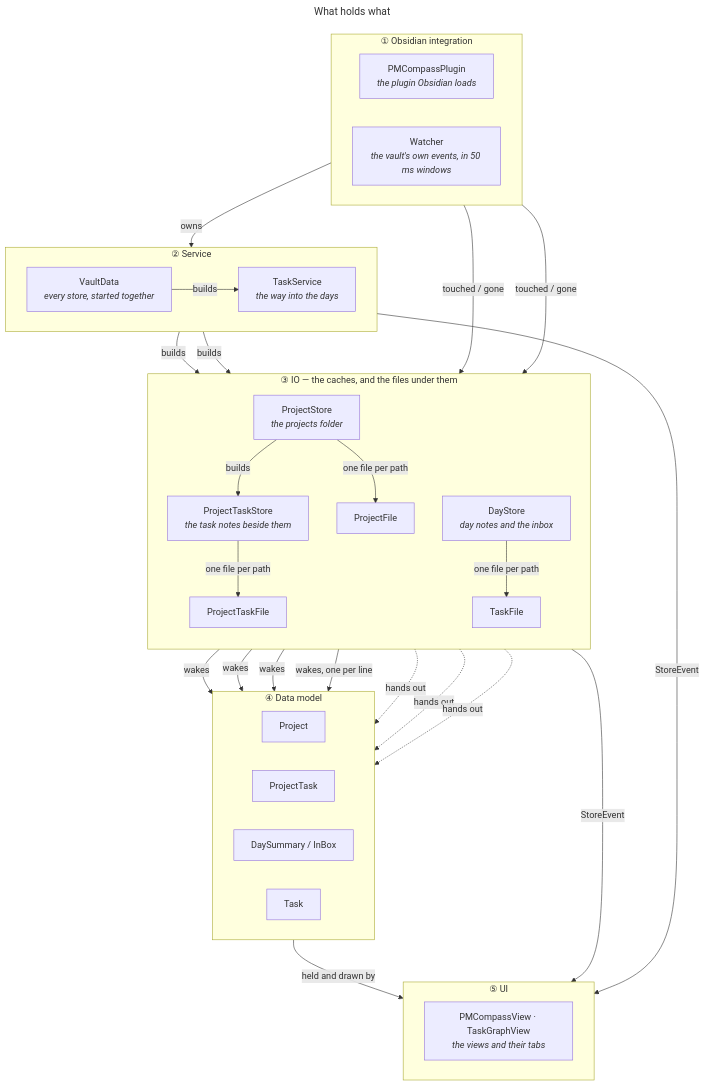
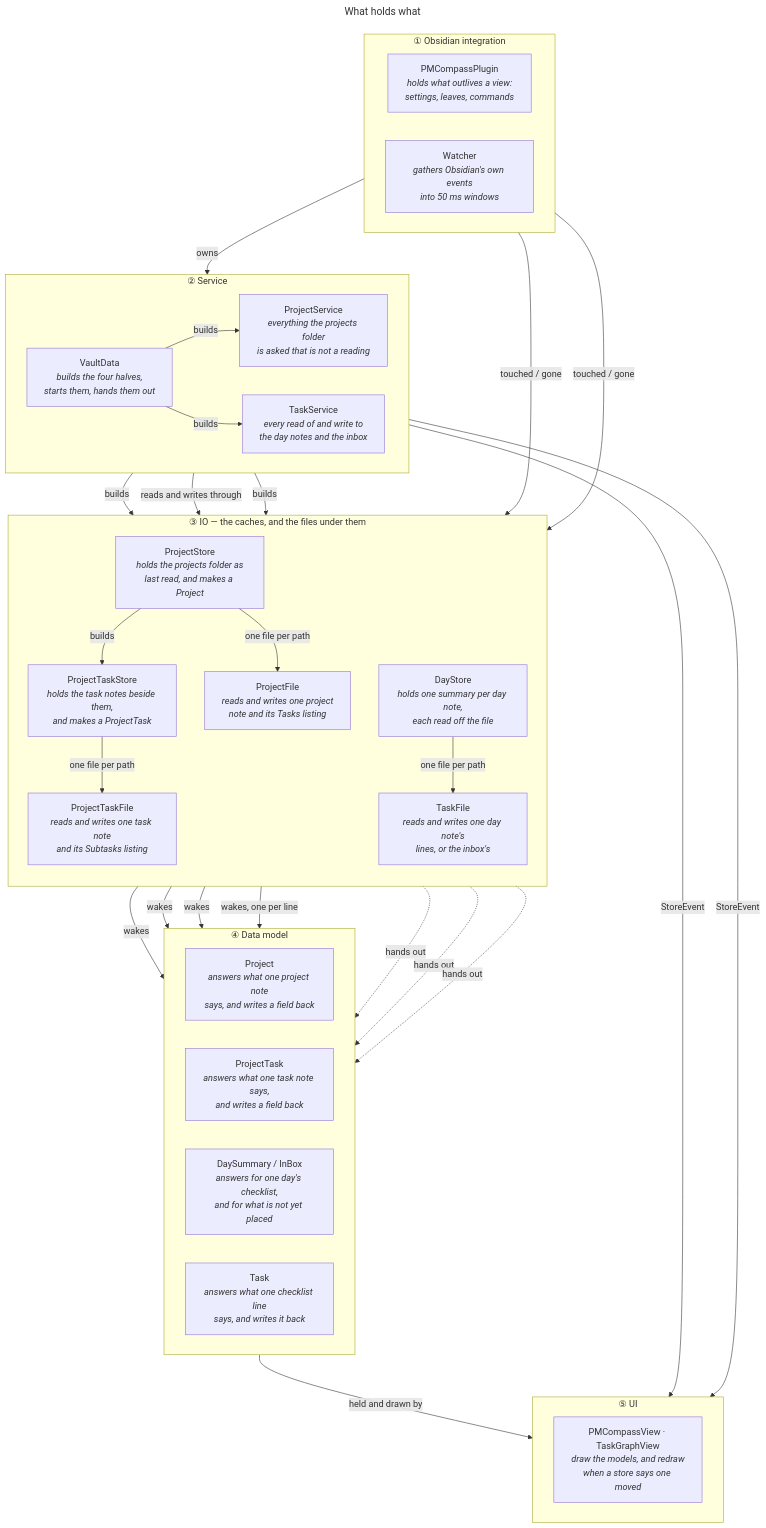
Before and after one commit to Laurent-Ferier/pm-compass: the diagram in docs/technical/diagrams/overview.mmd, drawn with Mermaid. The commit also changed 39 other files, not shown here.

First line of the commit message:
refactor: a service over the project stores, and a cache that only caches

```diff
--- a/docs/technical/diagrams/overview.mmd
+++ b/docs/technical/diagrams/overview.mmd
@@ -1,63 +1,66 @@
 ---
 title: What holds what
 ---
 graph TB
   subgraph obsidian["① Obsidian integration"]
     direction LR
-    Plugin["PMCompassPlugin<br/><i>the plugin Obsidian loads</i>"]
-    Watcher["Watcher<br/><i>the vault's own events, in 50 ms windows</i>"]
+    Plugin["PMCompassPlugin<br/><i>holds what outlives a view:<br/>settings, leaves, commands</i>"]
+    Watcher["Watcher<br/><i>gathers Obsidian's own events<br/>into 50 ms windows</i>"]
   end
 
   subgraph service["② Service"]
     direction LR
-    Vault["VaultData<br/><i>every store, started together</i>"]
-    Tasks["TaskService<br/><i>the way into the days</i>"]
+    Vault["VaultData<br/><i>builds the four halves,<br/>starts them, hands them out</i>"]
+    Tasks["TaskService<br/><i>every read of and write to<br/>the day notes and the inbox</i>"]
+    Projects["ProjectService<br/><i>everything the projects folder<br/>is asked that is not a reading</i>"]
   end
 
   subgraph io["③ IO — the caches, and the files under them"]
     direction TB
-    ProjectStore["ProjectStore<br/><i>the projects folder</i>"]
-    ProjectTaskStore["ProjectTaskStore<br/><i>the task notes beside them</i>"]
-    Days["DayStore<br/><i>day notes and the inbox</i>"]
-    ProjectFile["ProjectFile"]
-    ProjectTaskFile["ProjectTaskFile"]
-    TaskFile["TaskFile"]
+    ProjectStore["ProjectStore<br/><i>holds the projects folder as<br/>last read, and makes a Project</i>"]
+    ProjectTaskStore["ProjectTaskStore<br/><i>holds the task notes beside them,<br/>and makes a ProjectTask</i>"]
+    Days["DayStore<br/><i>holds one summary per day note,<br/>each read off the file</i>"]
+    ProjectFile["ProjectFile<br/><i>reads and writes one project<br/>note and its Tasks listing</i>"]
+    ProjectTaskFile["ProjectTaskFile<br/><i>reads and writes one task note<br/>and its Subtasks listing</i>"]
+    TaskFile["TaskFile<br/><i>reads and writes one day note's<br/>lines, or the inbox's</i>"]
   end
 
   subgraph models["④ Data model"]
     direction LR
-    Project["Project"]
-    ProjectTask["ProjectTask"]
-    DaySummary["DaySummary / InBox"]
-    Task["Task"]
+    Project["Project<br/><i>answers what one project note<br/>says, and writes a field back</i>"]
+    ProjectTask["ProjectTask<br/><i>answers what one task note says,<br/>and writes a field back</i>"]
+    DaySummary["DaySummary / InBox<br/><i>answers for one day's checklist,<br/>and for what is not yet placed</i>"]
+    Task["Task<br/><i>answers what one checklist line<br/>says, and writes it back</i>"]
   end
 
   subgraph ui["⑤ UI"]
     direction LR
-    Views["PMCompassView · TaskGraphView<br/><i>the views and their tabs</i>"]
+    Views["PMCompassView · TaskGraphView<br/><i>draw the models, and redraw<br/>when a store says one moved</i>"]
   end
 
   Plugin -->|owns| Vault
   Watcher -->|touched / gone| ProjectStore
   Watcher -->|touched / gone| Days
 
   Vault -->|builds| ProjectStore
+  Vault -->|builds| Projects
   Vault -->|builds| Tasks
+  Projects -->|reads and writes through| ProjectStore
   ProjectStore -->|builds| ProjectTaskStore
   Tasks -->|builds| Days
   ProjectStore -->|one file per path| ProjectFile
   ProjectTaskStore -->|one file per path| ProjectTaskFile
   Days -->|one file per path| TaskFile
 
   ProjectFile -->|wakes| Project
   ProjectTaskFile -->|wakes| ProjectTask
   TaskFile -->|wakes| DaySummary
   TaskFile -->|wakes, one per line| Task
 
   ProjectStore -.->|hands out| Project
   ProjectTaskStore -.->|hands out| ProjectTask
   Days -.->|hands out| DaySummary
 
   models -->|held and drawn by| Views
-  ProjectStore -->|StoreEvent| Views
+  Projects -->|StoreEvent| Views
   Tasks -->|StoreEvent| Views
```
